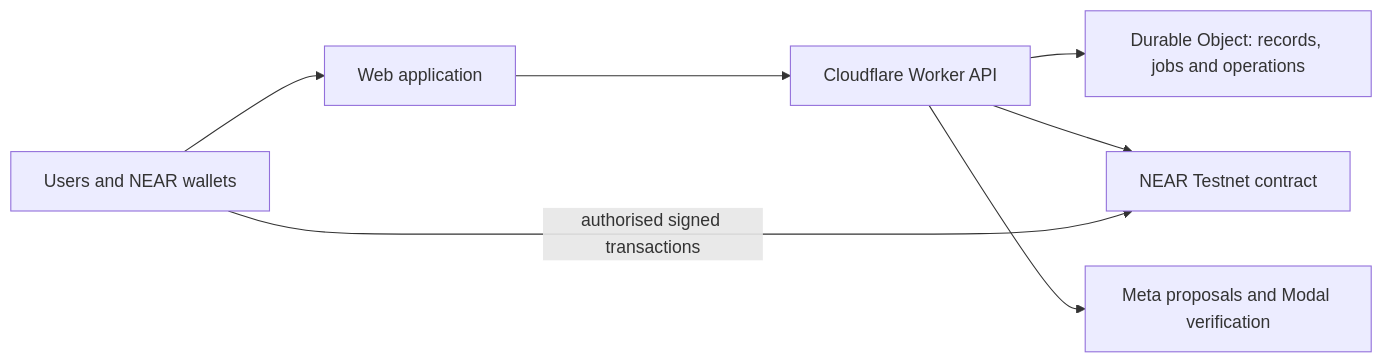
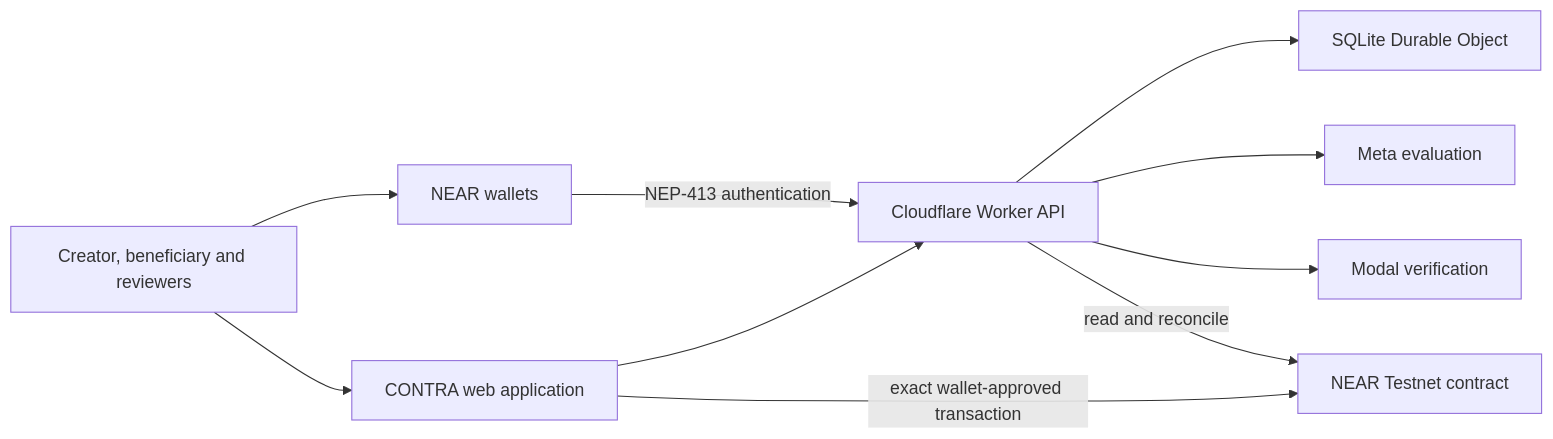
One commit to kellyxy110/CONTRA changed the diagram in README.md. Above: the diagram before and after it, drawn with Mermaid. The commit also changed other lines of this file and 29 other files, not shown here.

````diff
--- a/README.md
+++ b/README.md
@@ -51,9 +128,12 @@
 ```mermaid
 flowchart LR
-    W[Users and NEAR wallets] --> UI[Web application]
-    UI --> API[Cloudflare Worker API]
-    API --> DO[Durable Object: records, jobs and operations]
-    API --> RPC[NEAR Testnet contract]
-    API --> AI[Meta proposals and Modal verification]
-    W -->|authorised signed transactions| RPC
+    U[Creator, beneficiary and reviewers] --> W[NEAR wallets]
+    U --> WEB[CONTRA web application]
+    WEB --> API[Cloudflare Worker API]
+    API --> DO[SQLite Durable Object]
+    API --> META[Meta evaluation]
+    API --> MODAL[Modal verification]
+    WEB -->|exact wallet-approved transaction| NEAR[NEAR Testnet contract]
+    API -->|read and reconcile| NEAR
+    W -->|NEP-413 authentication| API
 ```
````
